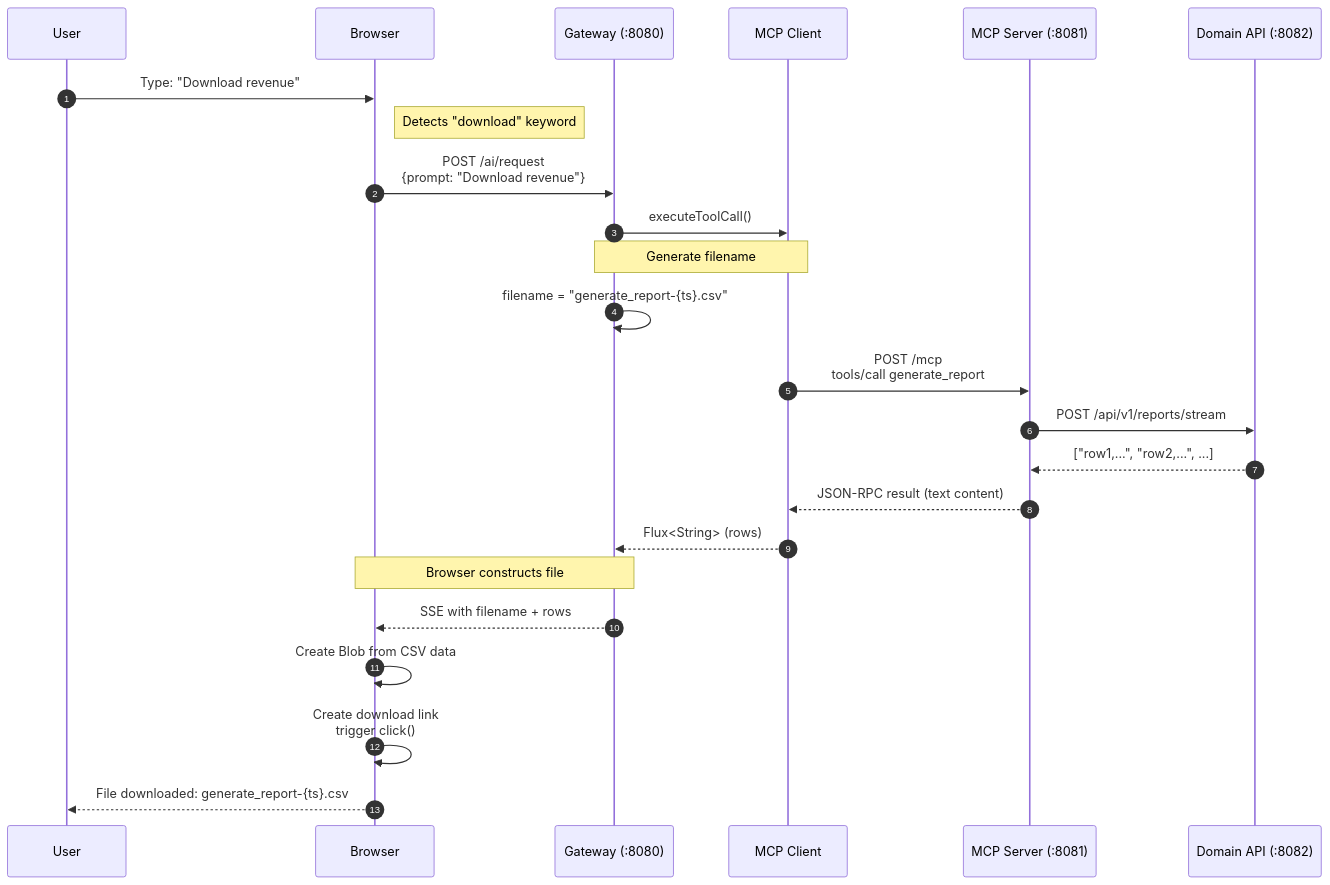
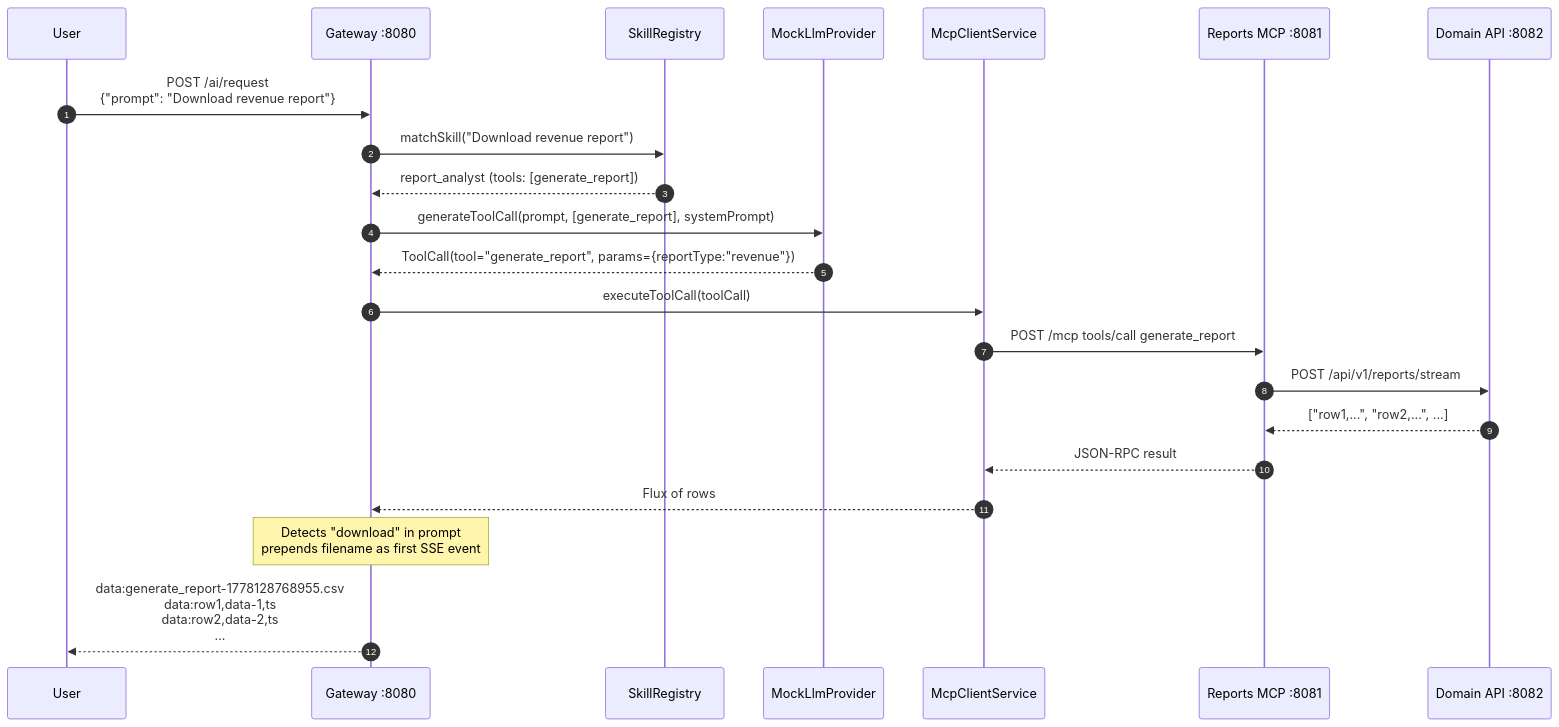
Before and after one commit to rajashashankmuppirala/mcp-poc: the seventh of 11 diagrams in docs/ARCHITECTURE_V2.md, drawn with Mermaid. The commit also changed other lines of this file and 32 other files, not shown here.

````diff
--- a/docs/ARCHITECTURE_V2.md
+++ b/docs/ARCHITECTURE_V2.md
@@ -251,30 +303,27 @@
 ```mermaid
 sequenceDiagram
     autonumber
     participant User as User
-    participant Browser as Browser
-    participant Gateway as Gateway (:8080)
-    participant McpClient as MCP Client
-    participant McpServer as MCP Server (:8081)
-    participant Domain as Domain API (:8082)
+    participant GW as Gateway :8080
+    participant SR as SkillRegistry
+    participant LLM as MockLlmProvider
+    participant MC as McpClientService
+    participant RMCP as Reports MCP :8081
+    participant DA as Domain API :8082
 
-    User->>Browser: Type: "Download revenue"
-    Note right of Browser: Detects "download" keyword
-    Browser->>Gateway: POST /ai/request<br/>{prompt: "Download revenue"}
-    Gateway->>McpClient: executeToolCall()
+    User->>GW: POST /ai/request<br/>{"prompt": "Download revenue report"}
+    GW->>SR: matchSkill("Download revenue report")
+    SR-->>GW: report_analyst (tools: [generate_report])
+    GW->>LLM: generateToolCall(prompt, [generate_report], systemPrompt)
+    LLM-->>GW: ToolCall(tool="generate_report", params={reportType:"revenue"})
 
-    Note over Gateway,McpClient: Generate filename
-    Gateway->>Gateway: filename = "generate_report-{ts}.csv"
+    GW->>MC: executeToolCall(toolCall)
+    MC->>RMCP: POST /mcp tools/call generate_report
+    RMCP->>DA: POST /api/v1/reports/stream
+    DA-->>RMCP: ["row1,...", "row2,...", ...]
+    RMCP-->>MC: JSON-RPC result
+    MC-->>GW: Flux of rows
 
-    McpClient->>McpServer: POST /mcp<br/>tools/call generate_report
-    McpServer->>Domain: POST /api/v1/reports/stream
-    Domain-->>McpServer: ["row1,...", "row2,...", ...]
-    McpServer-->>McpClient: JSON-RPC result (text content)
-    McpClient-->>Gateway: Flux<String> (rows)
-
-    Note over Gateway,Browser: Browser constructs file
-    Gateway-->>Browser: SSE with filename + rows
-    Browser->>Browser: Create Blob from CSV data
-    Browser->>Browser: Create download link<br/>trigger click()
-    Browser-->>User: File downloaded: generate_report-{ts}.csv
+    Note over GW: Detects "download" in prompt<br/>prepends filename as first SSE event
+    GW-->>User: data:generate_report-1778128768955.csv<br/>data:row1,data-1,ts<br/>data:row2,data-2,ts<br/>...
 ```
````
